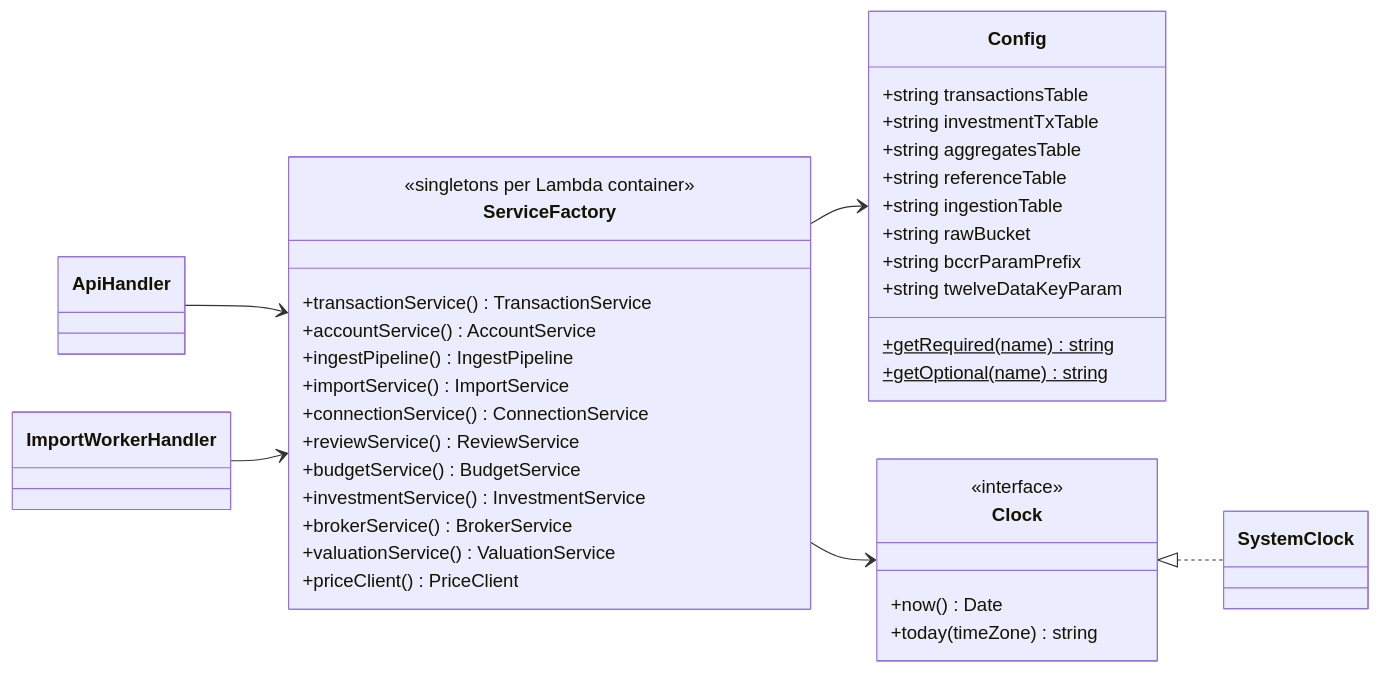
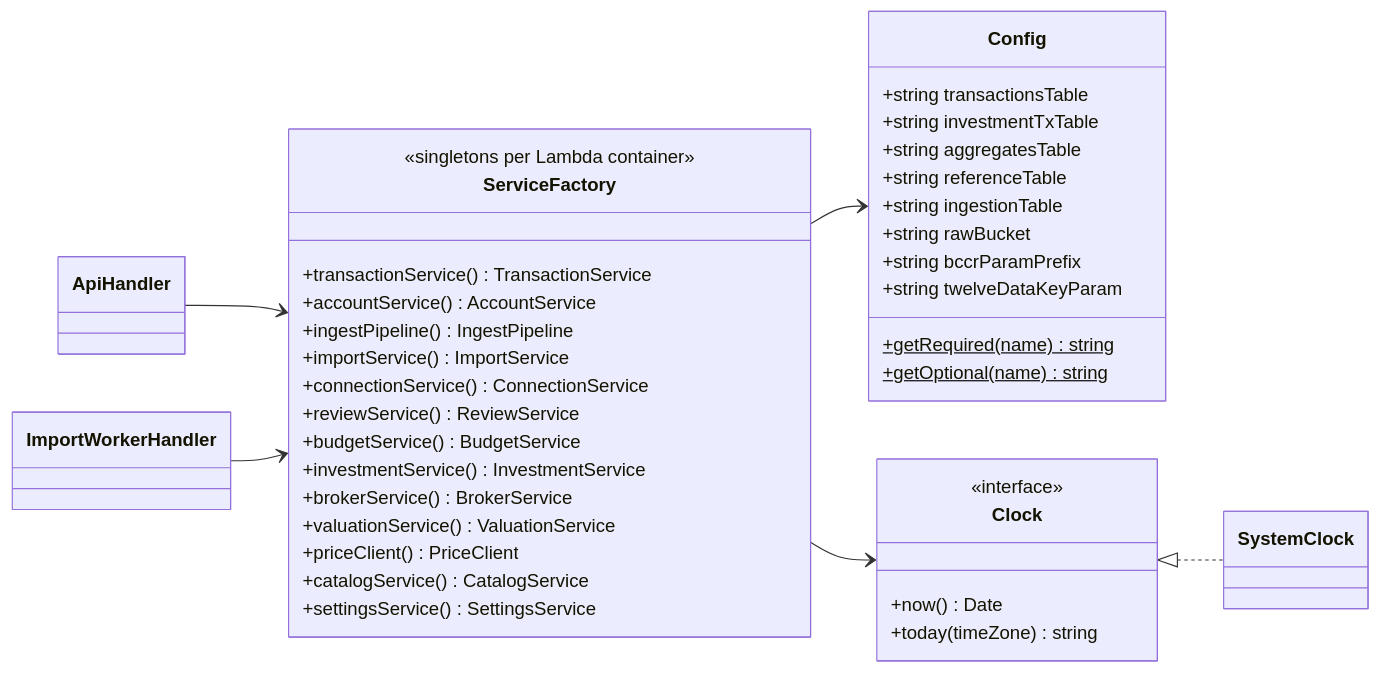
One commit to Ezequiel294/cs3365-finance-app changed diagram 13 of 26 in docs/diagrams/class-diagram.md. Above: the diagram before and after it, drawn with Mermaid. The commit also changed other lines of this file and 18 other files, not shown here.

Commit message:
attempt 3 design/architecture changes

````diff
--- a/docs/diagrams/class-diagram.md
+++ b/docs/diagrams/class-diagram.md
@@ -800,43 +1684,45 @@
 ```mermaid
 classDiagram
     direction LR
     class Config {
         +getRequired(name)$ string
         +getOptional(name)$ string
         +string transactionsTable
         +string investmentTxTable
         +string aggregatesTable
         +string referenceTable
         +string ingestionTable
         +string rawBucket
         +string bccrParamPrefix
         +string twelveDataKeyParam
     }
     class ServiceFactory {
         <<singletons per Lambda container>>
         +transactionService() TransactionService
         +accountService() AccountService
         +ingestPipeline() IngestPipeline
         +importService() ImportService
         +connectionService() ConnectionService
         +reviewService() ReviewService
         +budgetService() BudgetService
         +investmentService() InvestmentService
         +brokerService() BrokerService
         +valuationService() ValuationService
         +priceClient() PriceClient
+        +catalogService() CatalogService
+        +settingsService() SettingsService
     }
     class Clock {
         <<interface>>
         +now() Date
         +today(timeZone) string
     }
     class SystemClock
     class ApiHandler
     class ImportWorkerHandler
     Clock <|.. SystemClock
     ServiceFactory --> Config
     ServiceFactory --> Clock
     ApiHandler --> ServiceFactory
     ImportWorkerHandler --> ServiceFactory
 ```
````
